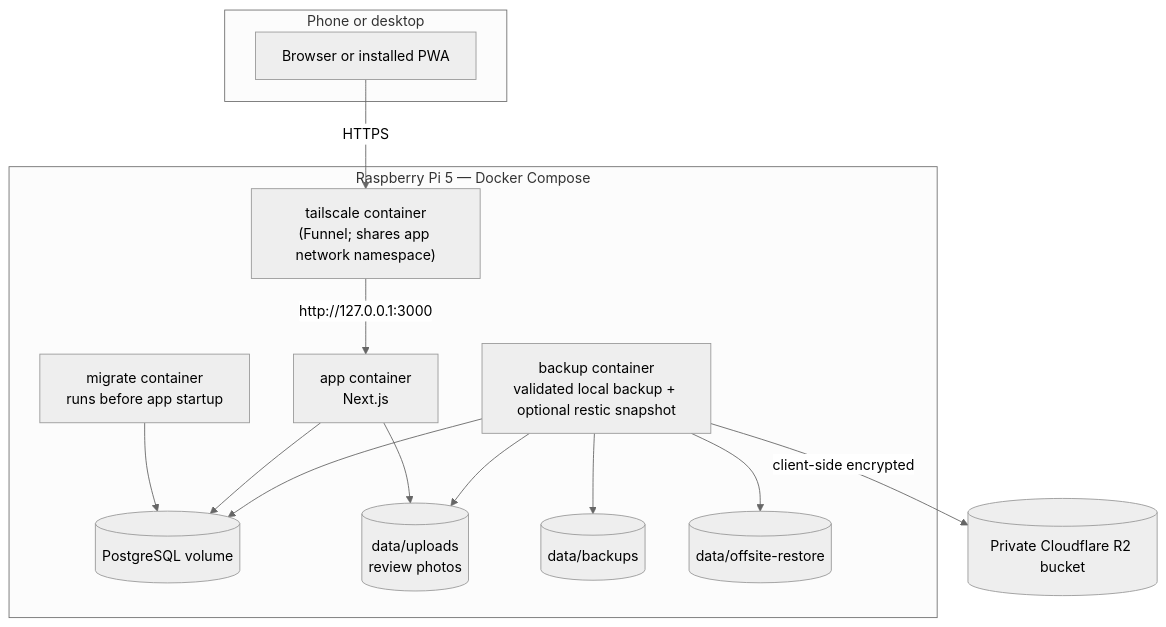
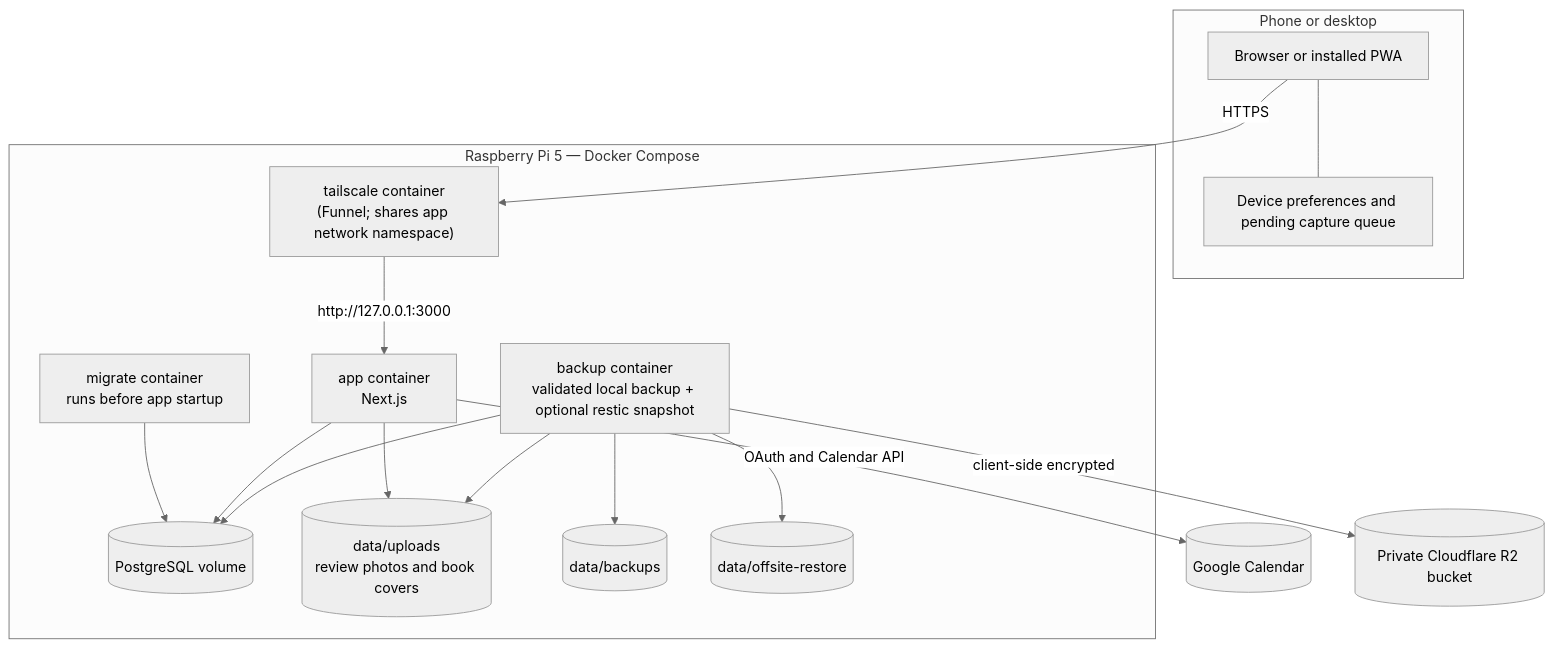
The diagram in docs/architecture.md (teravyte18/personal-control-center), drawn with Mermaid (neutral theme) before and after one commit. The commit also changed other lines of this file, not shown here.

Commit message:
docs: refresh current architecture

````diff
--- a/docs/architecture.md
+++ b/docs/architecture.md
@@ -34,30 +42,33 @@
 ```mermaid
 graph TD
     subgraph device["Phone or desktop"]
         CLIENT["Browser or installed PWA"]
+        PREFS["Device preferences and pending capture queue"]
+        CLIENT --- PREFS
     end
 
     CLIENT -->|"HTTPS"| TS
 
     subgraph pi["Raspberry Pi 5 — Docker Compose"]
         TS["tailscale container<br/>(Funnel; shares app network namespace)"]
         APP["app container<br/>Next.js"]
         MIGRATE["migrate container<br/>runs before app startup"]
         DB[("PostgreSQL volume")]
-        UPLOADS[("data/uploads<br/>review photos")]
+        UPLOADS[("data/uploads<br/>review photos and book covers")]
         BACKUP["backup container<br/>validated local backup + optional restic snapshot"]
         LOCAL[("data/backups")]
         STAGING[("data/offsite-restore")]
 
         TS -->|"http://127.0.0.1:3000"| APP
         MIGRATE --> DB
         APP --> DB
         APP --> UPLOADS
         BACKUP --> DB
         BACKUP --> UPLOADS
         BACKUP --> LOCAL
         BACKUP --> STAGING
     end
 
+    APP -->|"OAuth and Calendar API"| GOOGLE[("Google Calendar")]
     BACKUP -->|"client-side encrypted"| R2[("Private Cloudflare R2 bucket")]
 ```
````
